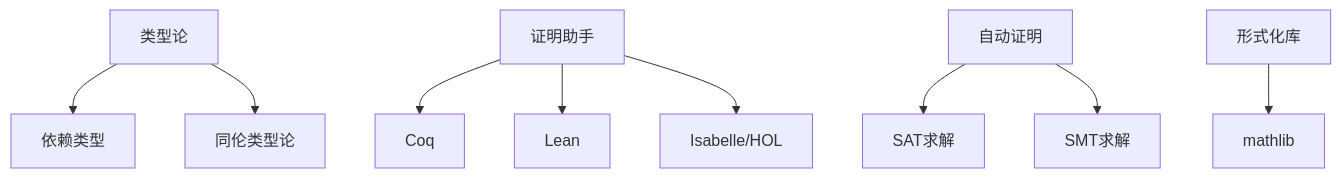
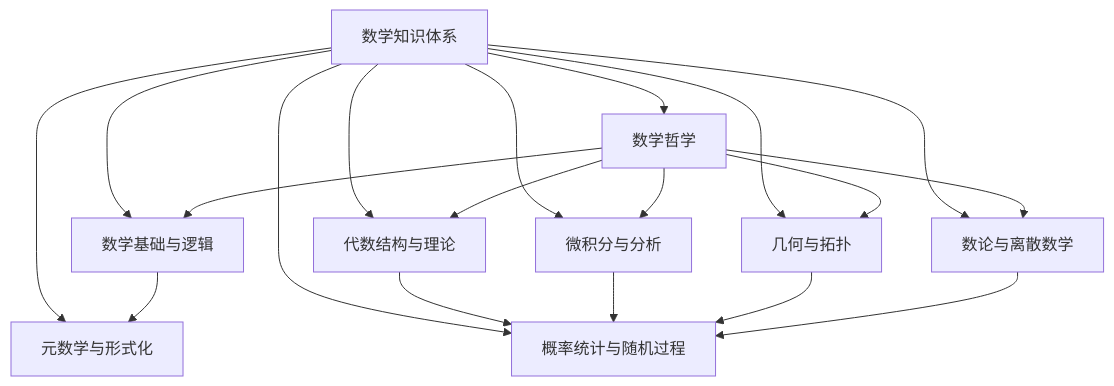
One commit to AdaMartin18010/Mathematics changed diagram 14 of 16 in Math/Refactor/09-项目总览/05-Knowledge_Graphs_and_Mappings/数学知识体系映射.md. Above: the diagram before and after it, drawn with Mermaid. The commit also changed other lines of this file and 28 other files, not shown here.

````diff
--- a/Math/Refactor/09-项目总览/05-Knowledge_Graphs_and_Mappings/数学知识体系映射.md
+++ b/Math/Refactor/09-项目总览/05-Knowledge_Graphs_and_Mappings/数学知识体系映射.md
@@ -242,11 +317,23 @@
 ```mermaid
 graph TD
-    FM1[类型论] --> FM2[依赖类型]
-    FM1 --> FM3[同伦类型论]
-    FM4[证明助手] --> FM5[Coq]
-    FM4 --> FM6[Lean]
-    FM4 --> FM7[Isabelle/HOL]
-    FM8[自动证明] --> FM9[SAT求解]
-    FM8 --> FM10[SMT求解]
-    FM11[形式化库] --> FM12[mathlib]
+    A[数学知识体系] --> B[数学哲学]
+    A --> C[数学基础与逻辑]
+    A --> D[代数结构与理论]
+    A --> E[微积分与分析]
+    A --> F[几何与拓扑]
+    A --> G[数论与离散数学]
+    A --> H[概率统计与随机过程]
+    A --> I[元数学与形式化]
+    
+    B --> C
+    B --> D
+    B --> E
+    B --> F
+    B --> G
+    
+    C --> I
+    D --> H
+    E --> H
+    F --> H
+    G --> H
 ```
````
